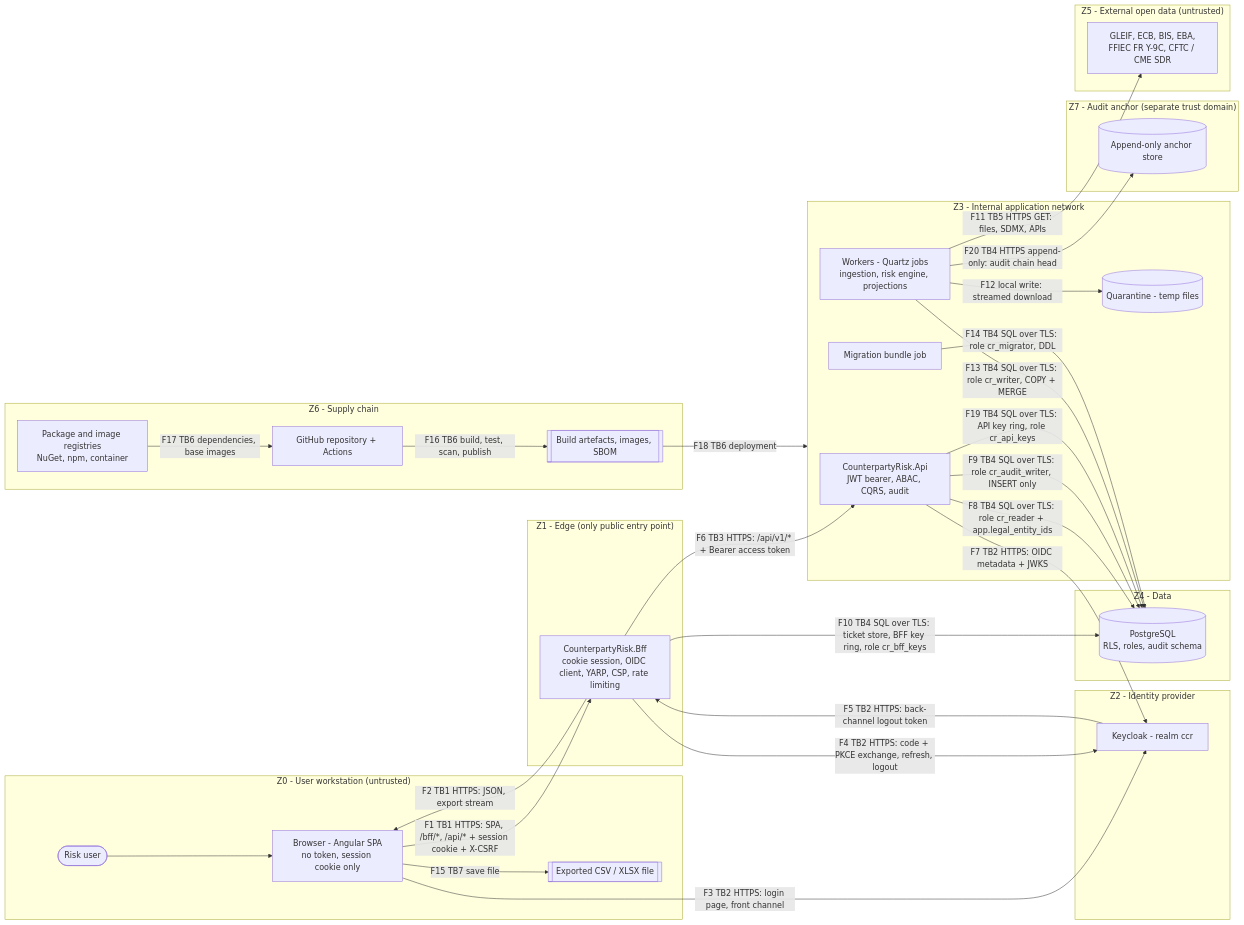
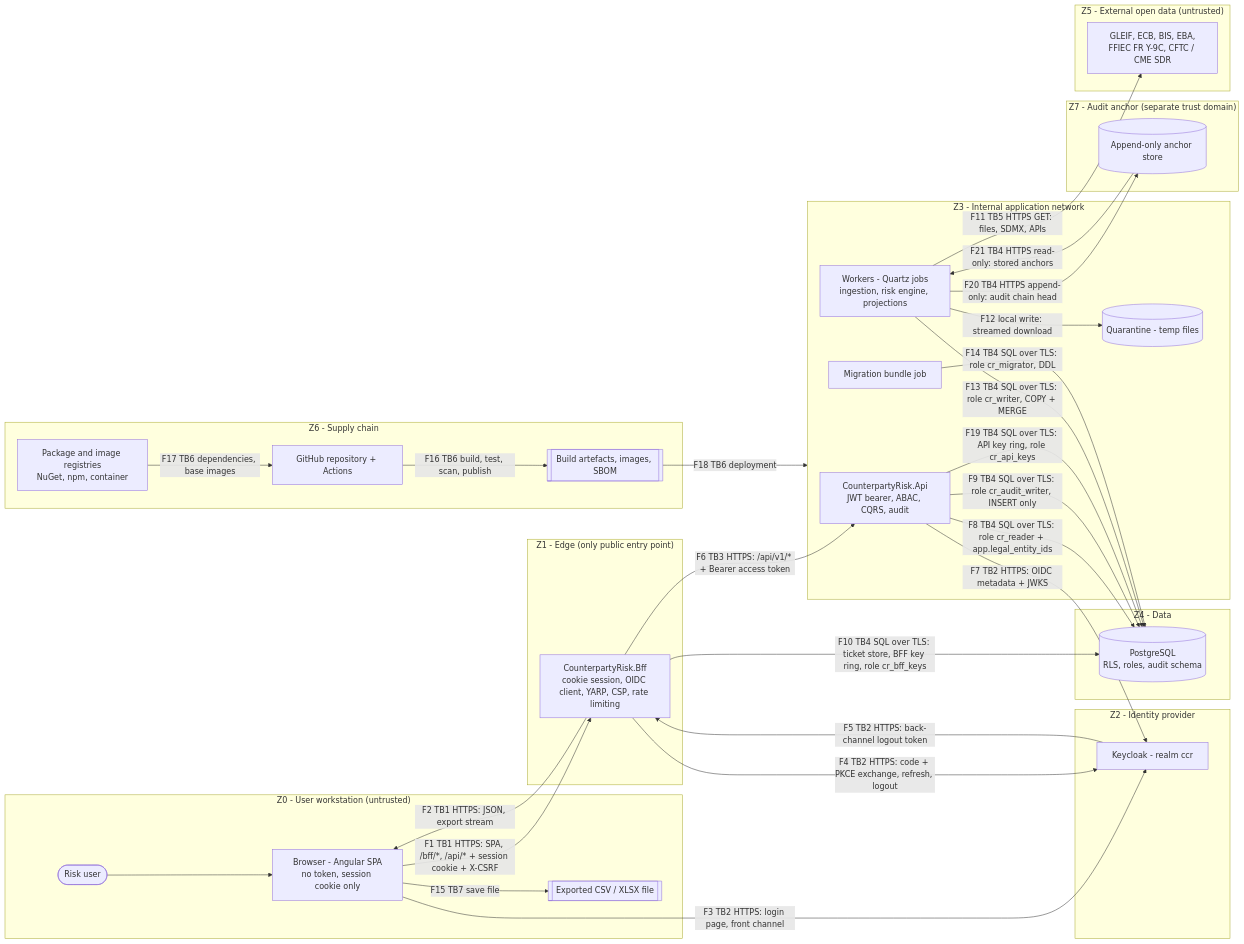
The diagram in docs/security/data-flow.md (Yvahajatiana/counterparty-risk), drawn with Mermaid before and after one commit. The commit also changed other lines of this file and 3 other files, not shown here.

First line of the commit message:
docs(security): add anchor read flow and clarify database roles per permission set (#4)

````diff
--- a/docs/security/data-flow.md
+++ b/docs/security/data-flow.md
@@ -14,63 +14,64 @@
 ```mermaid
 flowchart LR
   subgraph Z0["Z0 - User workstation (untrusted)"]
     USR(["Risk user"])
     BRW["Browser - Angular SPA<br/>no token, session cookie only"]
     XF[["Exported CSV / XLSX file"]]
   end
 
   subgraph Z1["Z1 - Edge (only public entry point)"]
     BFF["CounterpartyRisk.Bff<br/>cookie session, OIDC client, YARP, CSP, rate limiting"]
   end
 
   subgraph Z2["Z2 - Identity provider"]
     KC["Keycloak - realm ccr"]
   end
 
   subgraph Z3["Z3 - Internal application network"]
     API["CounterpartyRisk.Api<br/>JWT bearer, ABAC, CQRS, audit"]
     WRK["Workers - Quartz jobs<br/>ingestion, risk engine, projections"]
     MIG["Migration bundle job"]
     QUA[("Quarantine - temp files")]
   end
 
   subgraph Z4["Z4 - Data"]
     PG[("PostgreSQL<br/>RLS, roles, audit schema")]
   end
 
   subgraph Z7["Z7 - Audit anchor (separate trust domain)"]
     ANC[("Append-only anchor store")]
   end
 
   subgraph Z5["Z5 - External open data (untrusted)"]
     EXT["GLEIF, ECB, BIS, EBA,<br/>FFIEC FR Y-9C, CFTC / CME SDR"]
   end
 
   subgraph Z6["Z6 - Supply chain"]
     GH["GitHub repository + Actions"]
     REG["Package and image registries<br/>NuGet, npm, container"]
     ART[["Build artefacts, images, SBOM"]]
   end
 
   USR --> BRW
   BRW -- "F1 TB1 HTTPS: SPA, /bff/*, /api/* + session cookie + X-CSRF" --> BFF
   BFF -- "F2 TB1 HTTPS: JSON, export stream" --> BRW
   BRW -- "F3 TB2 HTTPS: login page, front channel" --> KC
   BFF -- "F4 TB2 HTTPS: code + PKCE exchange, refresh, logout" --> KC
   KC -- "F5 TB2 HTTPS: back-channel logout token" --> BFF
   BFF -- "F6 TB3 HTTPS: /api/v1/* + Bearer access token" --> API
   API -- "F7 TB2 HTTPS: OIDC metadata + JWKS" --> KC
   API -- "F8 TB4 SQL over TLS: role cr_reader + app.legal_entity_ids" --> PG
   API -- "F9 TB4 SQL over TLS: role cr_audit_writer, INSERT only" --> PG
   BFF -- "F10 TB4 SQL over TLS: ticket store, BFF key ring, role cr_bff_keys" --> PG
   API -- "F19 TB4 SQL over TLS: API key ring, role cr_api_keys" --> PG
   WRK -- "F20 TB4 HTTPS append-only: audit chain head" --> ANC
+  ANC -- "F21 TB4 HTTPS read-only: stored anchors" --> WRK
   WRK -- "F11 TB5 HTTPS GET: files, SDMX, APIs" --> EXT
   WRK -- "F12 local write: streamed download" --> QUA
   WRK -- "F13 TB4 SQL over TLS: role cr_writer, COPY + MERGE" --> PG
   MIG -- "F14 TB4 SQL over TLS: role cr_migrator, DDL" --> PG
   BRW -- "F15 TB7 save file" --> XF
   GH -- "F16 TB6 build, test, scan, publish" --> ART
   REG -- "F17 TB6 dependencies, base images" --> GH
   ART -- "F18 TB6 deployment" --> Z3
 ```
````
